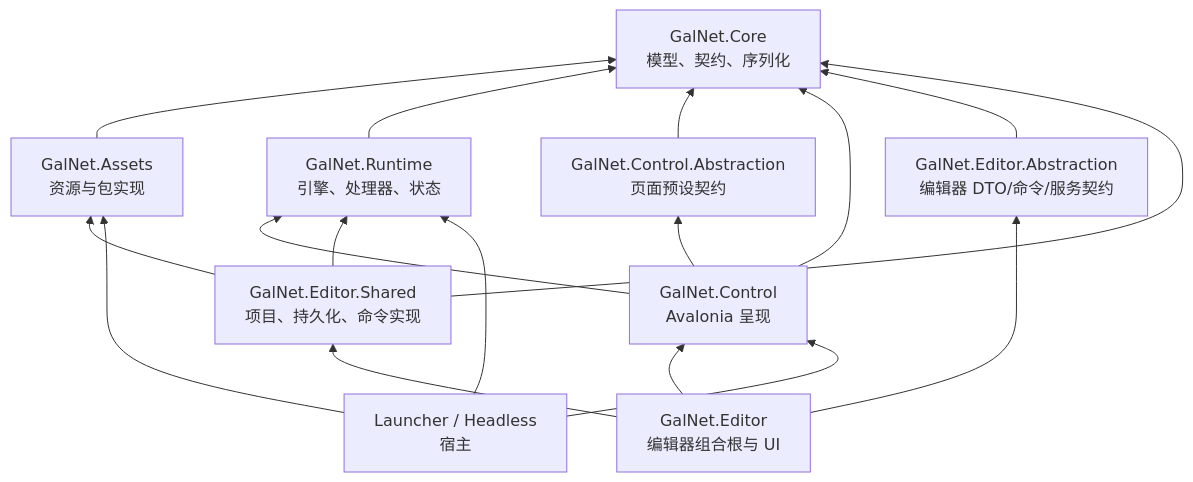
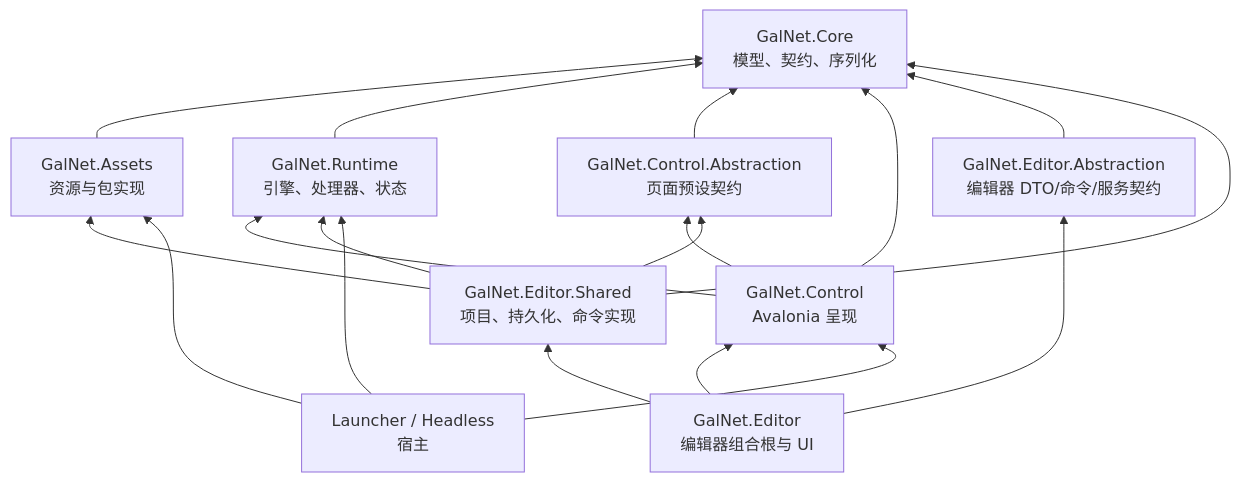
The first of 3 diagrams in docs/spec/architecture.md (StarryXYJ/Gal.Net), drawn with Mermaid before and after one commit. The commit also changed other lines of this file and 15 other files, not shown here.

````diff
--- a/docs/spec/architecture.md
+++ b/docs/spec/architecture.md
@@ -11,20 +11,21 @@
 ```mermaid
 flowchart BT
   Core["GalNet.Core\n模型、契约、序列化"]
   Assets["GalNet.Assets\n资源与包实现"] --> Core
   Runtime["GalNet.Runtime\n引擎、处理器、状态"] --> Core
   ControlAbstraction["GalNet.Control.Abstraction\n页面预设契约"] --> Core
   Control["GalNet.Control\nAvalonia 呈现"] --> Core
   Control --> Runtime
   Control --> ControlAbstraction
   EditorAbstraction["GalNet.Editor.Abstraction\n编辑器 DTO/命令/服务契约"] --> Core
   EditorShared["GalNet.Editor.Shared\n项目、持久化、命令实现"] --> Core
   EditorShared --> Assets
   EditorShared --> Runtime
+  EditorShared --> ControlAbstraction
   Editor["GalNet.Editor\n编辑器组合根与 UI"] --> EditorAbstraction
   Editor --> EditorShared
   Editor --> Control
   Launcher["Launcher / Headless\n宿主"] --> Assets
   Launcher --> Runtime
   Launcher --> Control
 ```
````
